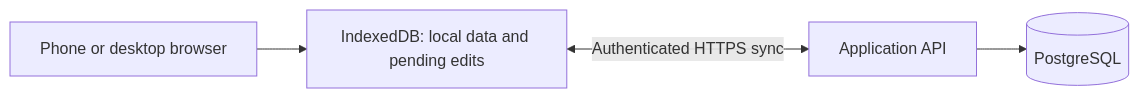
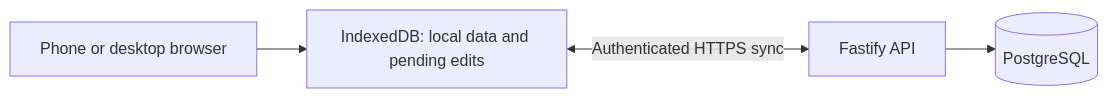
The diagram in docs/self-hosted-persistence.md (tintii/MeepleMark-web), drawn with Mermaid before and after one commit. The commit also changed other lines of this file and 74 other files, not shown here.

````diff
--- a/docs/self-hosted-persistence.md
+++ b/docs/self-hosted-persistence.md
@@ -35,6 +7,6 @@
 ```mermaid
 flowchart LR
     B[Phone or desktop browser] --> L[IndexedDB: local data and pending edits]
-    L <-->|Authenticated HTTPS sync| A[Application API]
+    L <-->|Authenticated HTTPS sync| A[Fastify API]
     A --> P[(PostgreSQL)]
 ```
````
